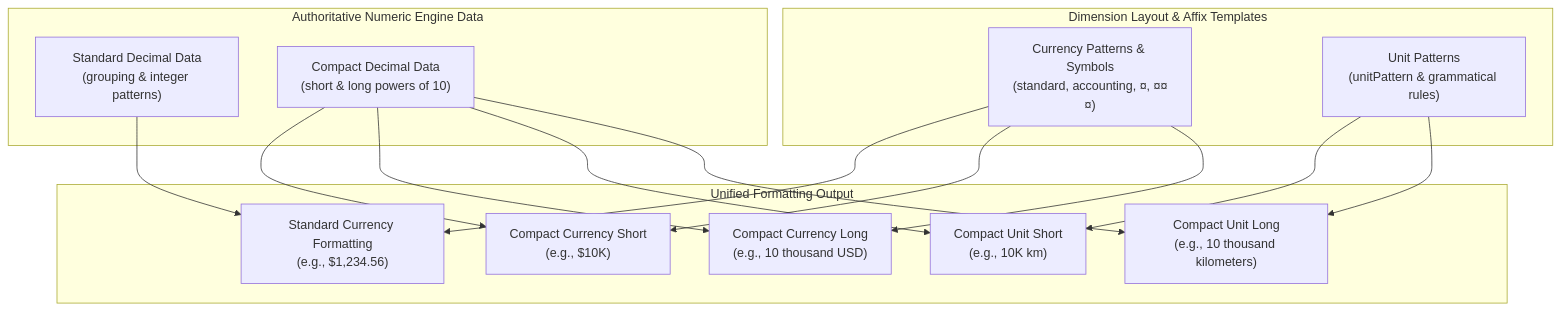
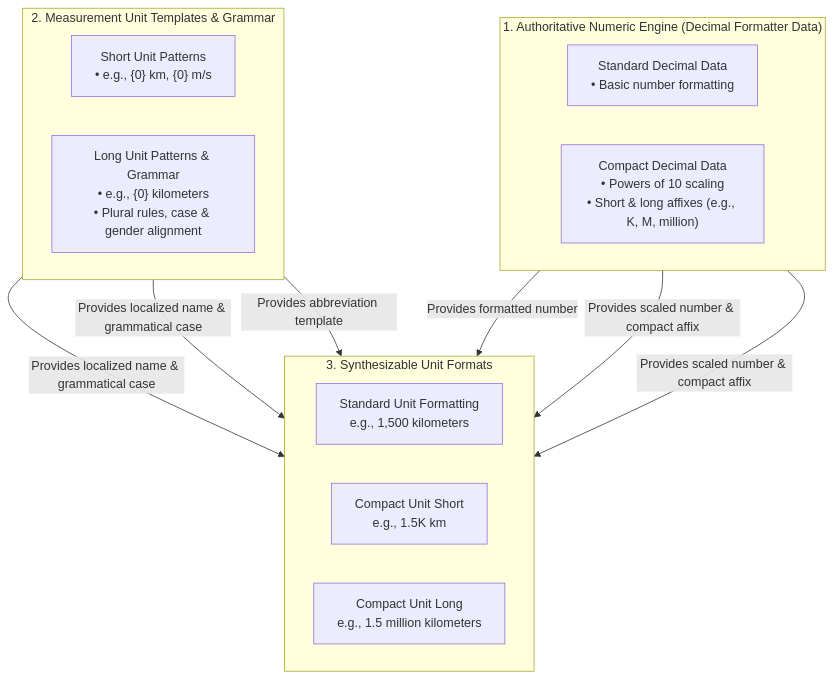
Before and after one commit to younies/design_docs: the second of 2 diagrams in compact_currency_and_units/compact_currency_and_units.md, drawn with Mermaid. The commit also changed other lines of this file, not shown here.

First line of the commit message:
Expand architectural overview into two detailed Mermaid diagrams

````diff
--- a/compact_currency_and_units/compact_currency_and_units.md
+++ b/compact_currency_and_units/compact_currency_and_units.md
@@ -14,25 +52,27 @@
 ```mermaid
-graph TD
-    subgraph Core LDML Numeric Engine [Authoritative Numeric Engine Data]
-        StdDec["Standard Decimal Data<br/>(grouping & integer patterns)"]
-        CompDec["Compact Decimal Data<br/>(short & long powers of 10)"]
+flowchart TD
+    subgraph NumericEngineUnits ["1. Authoritative Numeric Engine (Decimal Formatter Data)"]
+        direction LR
+        StdDecU["Standard Decimal Data<br/>• Basic number formatting"]
+        CompDecU["Compact Decimal Data<br/>• Powers of 10 scaling<br/>• Short & long affixes (e.g., K, M, million)"]
     end
 
-    subgraph Dimension Layout Templates [Dimension Layout & Affix Templates]
-        CP["Currency Patterns & Symbols<br/>(standard, accounting, ¤, ¤¤¤)"]
-        UP["Unit Patterns<br/>(unitPattern & grammatical rules)"]
+    subgraph UnitTemplates ["2. Measurement Unit Templates & Grammar"]
+        direction LR
+        UP_Short["Short Unit Patterns<br/>• e.g., {0} km, {0} m/s"]
+        UP_Long["Long Unit Patterns & Grammar<br/>• e.g., {0} kilometers<br/>• Plural rules, case & gender alignment"]
     end
 
-    subgraph Unified Formatting Output
-        StdCurr["Standard Currency Formatting<br/>(e.g., $1,234.56)"]
-        CC_Short["Compact Currency Short<br/>(e.g., $10K)"]
-        CC_Long["Compact Currency Long<br/>(e.g., 10 thousand USD)"]
-        CU_Short["Compact Unit Short<br/>(e.g., 10K km)"]
-        CU_Long["Compact Unit Long<br/>(e.g., 10 thousand kilometers)"]
+    subgraph UnitOutput ["3. Synthesizable Unit Formats"]
+        direction LR
+        Out_StdUnit["Standard Unit Formatting<br/>e.g., 1,500 kilometers"]
+        Out_CompShortUnit["Compact Unit Short<br/>e.g., 1.5K km"]
+        Out_CompLongUnit["Compact Unit Long<br/>e.g., 1.5 million kilometers"]
     end
 
-    StdDec --> StdCurr
-    CP --> StdCurr & CC_Short & CC_Long
-    CompDec --> CC_Short & CC_Long & CU_Short & CU_Long
-    UP --> CU_Short & CU_Long
+    StdDecU -->|"Provides formatted number"| Out_StdUnit
+    UP_Long -->|"Provides localized name & grammatical case"| Out_StdUnit & Out_CompLongUnit
+    UP_Short -->|"Provides abbreviation template"| Out_CompShortUnit
+
+    CompDecU -->|"Provides scaled number & compact affix"| Out_CompShortUnit & Out_CompLongUnit
 ```
````
